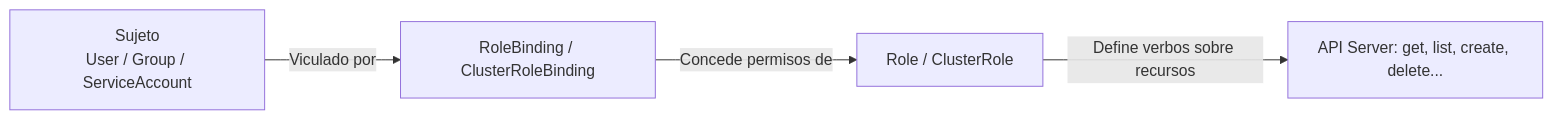
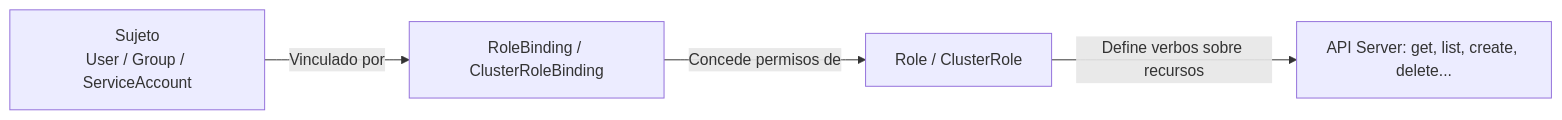
One commit to ieftraining/curso-openshift changed the second of 7 diagrams in docs/sesion4/4.1 Proyectos y permisos.md. Above: the diagram before and after it, drawn with Mermaid. The commit also changed other lines of this file, not shown here.

````diff
--- a/docs/sesion4/4.1 Proyectos y permisos.md
+++ b/docs/sesion4/4.1 Proyectos y permisos.md
@@ -52,6 +52,6 @@
 ```mermaid
 flowchart LR
-    A[Sujeto<br>User / Group / ServiceAccount] -->|Viculado por| B[RoleBinding / ClusterRoleBinding]
+    A[Sujeto<br>User / Group / ServiceAccount] -->|Vinculado por| B[RoleBinding / ClusterRoleBinding]
     B -->|Concede permisos de| C[Role / ClusterRole]
     C -->|Define verbos sobre recursos| D[API Server: get, list, create, delete...]
 ```
````
